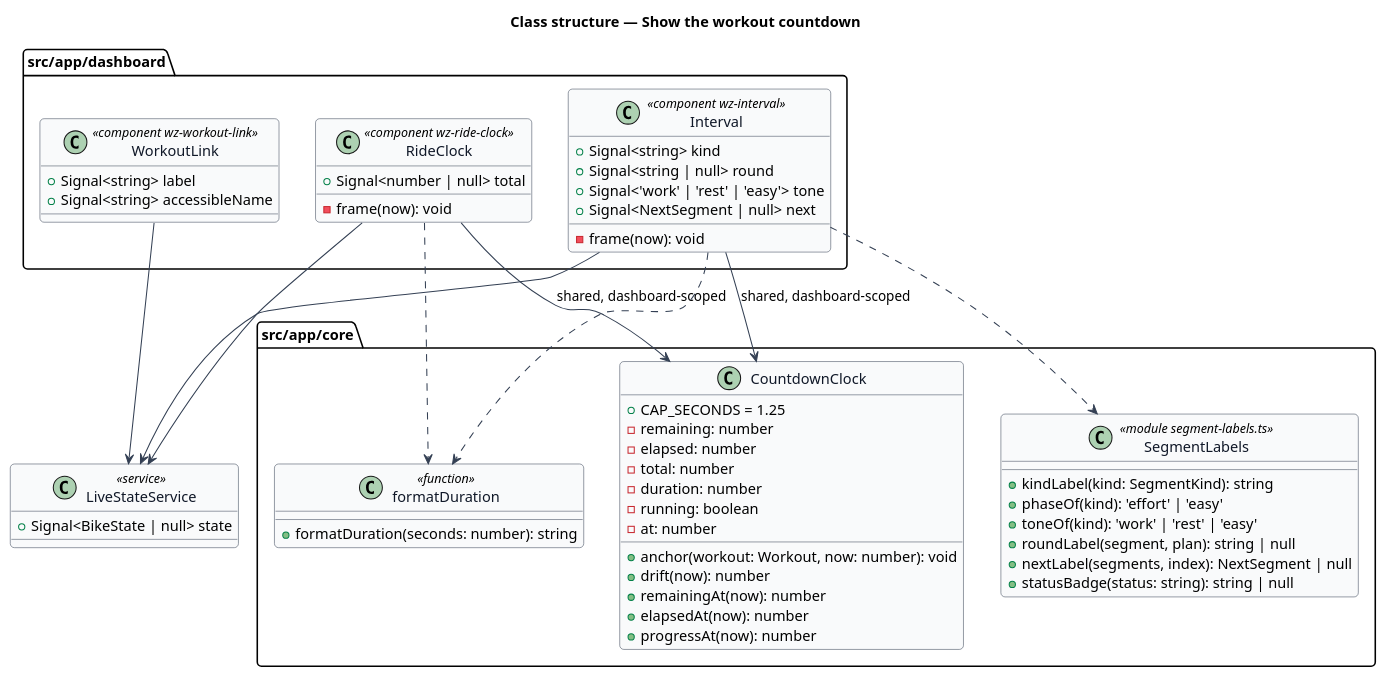
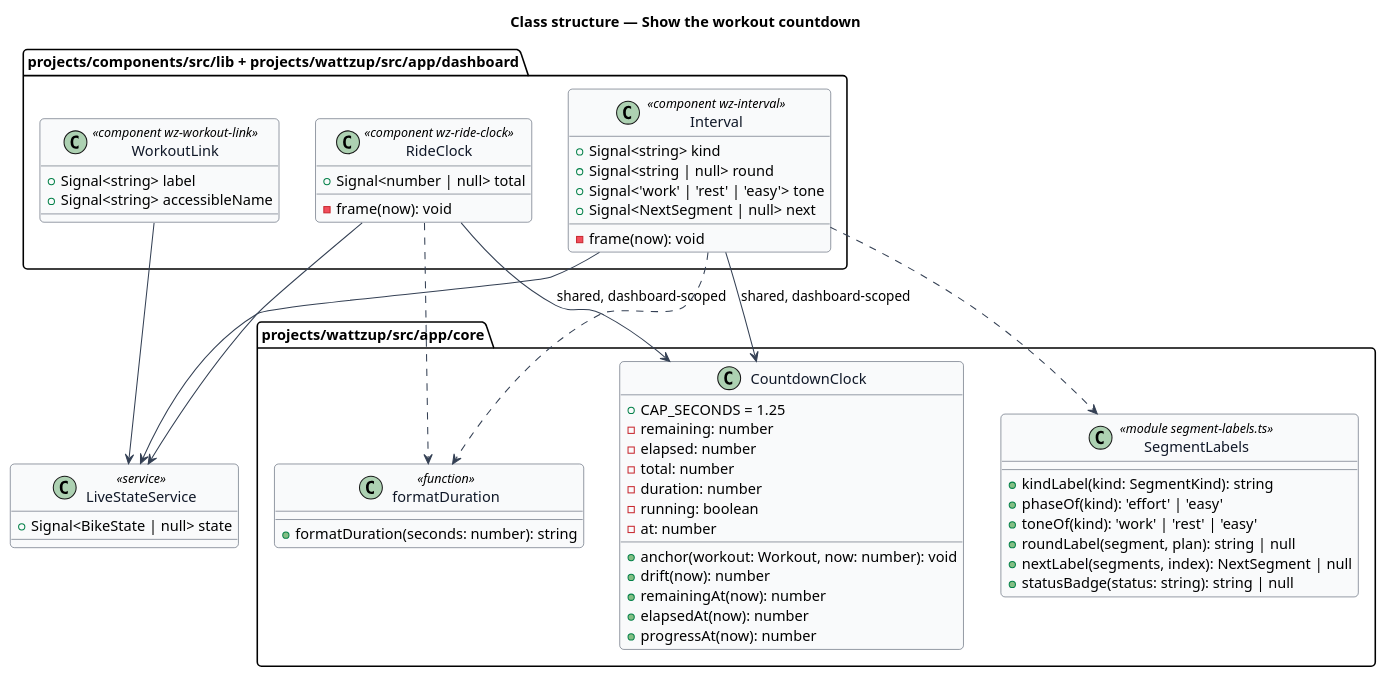
The diagram in docs/detailed-designs/workouts/show-workout-countdown/diagrams/class-structure.puml (QuinntyneBrown/ride-one), drawn with PlantUML before and after one commit. The commit also changed 58 other files, not shown here.

```diff
--- a/docs/detailed-designs/workouts/show-workout-countdown/diagrams/class-structure.puml
+++ b/docs/detailed-designs/workouts/show-workout-countdown/diagrams/class-structure.puml
@@ -1,72 +1,72 @@
 @startuml
 skinparam backgroundColor #FFFFFF
 skinparam shadowing false
 skinparam roundcorner 8
 skinparam defaultFontName Arial
 skinparam ArrowColor #344054
 skinparam class {
   BorderColor #344054
   FontColor #101828
   BackgroundColor #F9FAFB
 }
 title Class structure — Show the workout countdown
 
-package "src/app/core" {
+package "projects/wattzup/src/app/core" {
   class CountdownClock {
     +CAP_SECONDS = 1.25
     -remaining: number
     -elapsed: number
     -total: number
     -duration: number
     -running: boolean
     -at: number
     +anchor(workout: Workout, now: number): void
     +drift(now): number
     +remainingAt(now): number
     +elapsedAt(now): number
     +progressAt(now): number
   }
   class formatDuration <<function>> {
     +formatDuration(seconds: number): string
   }
   class SegmentLabels <<module segment-labels.ts>> {
     +kindLabel(kind: SegmentKind): string
     +phaseOf(kind): 'effort' | 'easy'
     +toneOf(kind): 'work' | 'rest' | 'easy'
     +roundLabel(segment, plan): string | null
     +nextLabel(segments, index): NextSegment | null
     +statusBadge(status: string): string | null
   }
 }
 
-package "src/app/dashboard" {
+package "projects/components/src/lib + projects/wattzup/src/app/dashboard" {
   class Interval <<component wz-interval>> {
     +Signal<string> kind
     +Signal<string | null> round
     +Signal<'work' | 'rest' | 'easy'> tone
     +Signal<NextSegment | null> next
     -frame(now): void
   }
   class RideClock <<component wz-ride-clock>> {
     +Signal<number | null> total
     -frame(now): void
   }
   class WorkoutLink <<component wz-workout-link>> {
     +Signal<string> label
     +Signal<string> accessibleName
   }
 }
 
 class LiveStateService <<service>> {
   +Signal<BikeState | null> state
 }
 
 Interval --> CountdownClock : shared, dashboard-scoped
 RideClock --> CountdownClock : shared, dashboard-scoped
 Interval ..> SegmentLabels
 Interval ..> formatDuration
 RideClock ..> formatDuration
 Interval --> LiveStateService
 RideClock --> LiveStateService
 WorkoutLink --> LiveStateService
 @enduml
```
